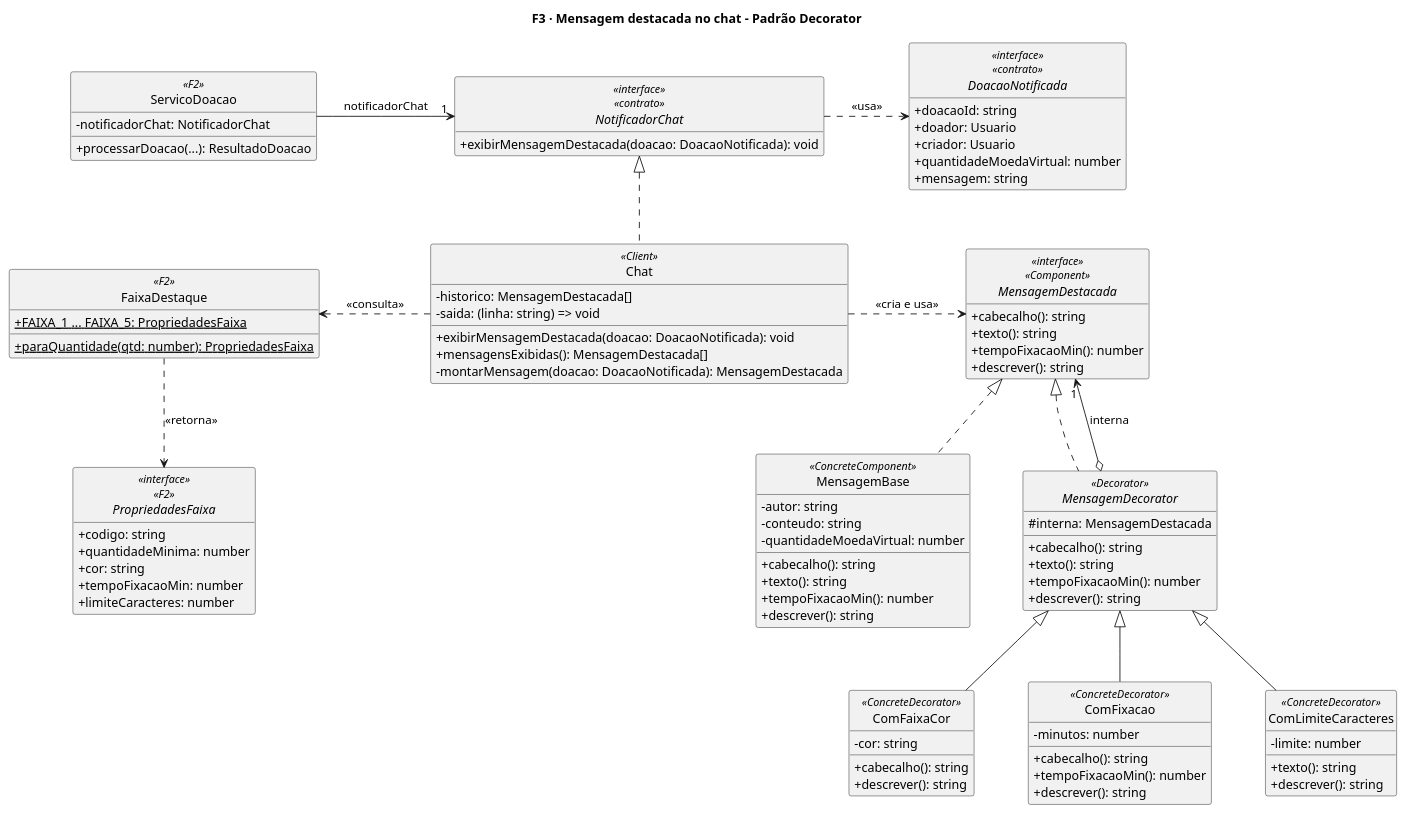
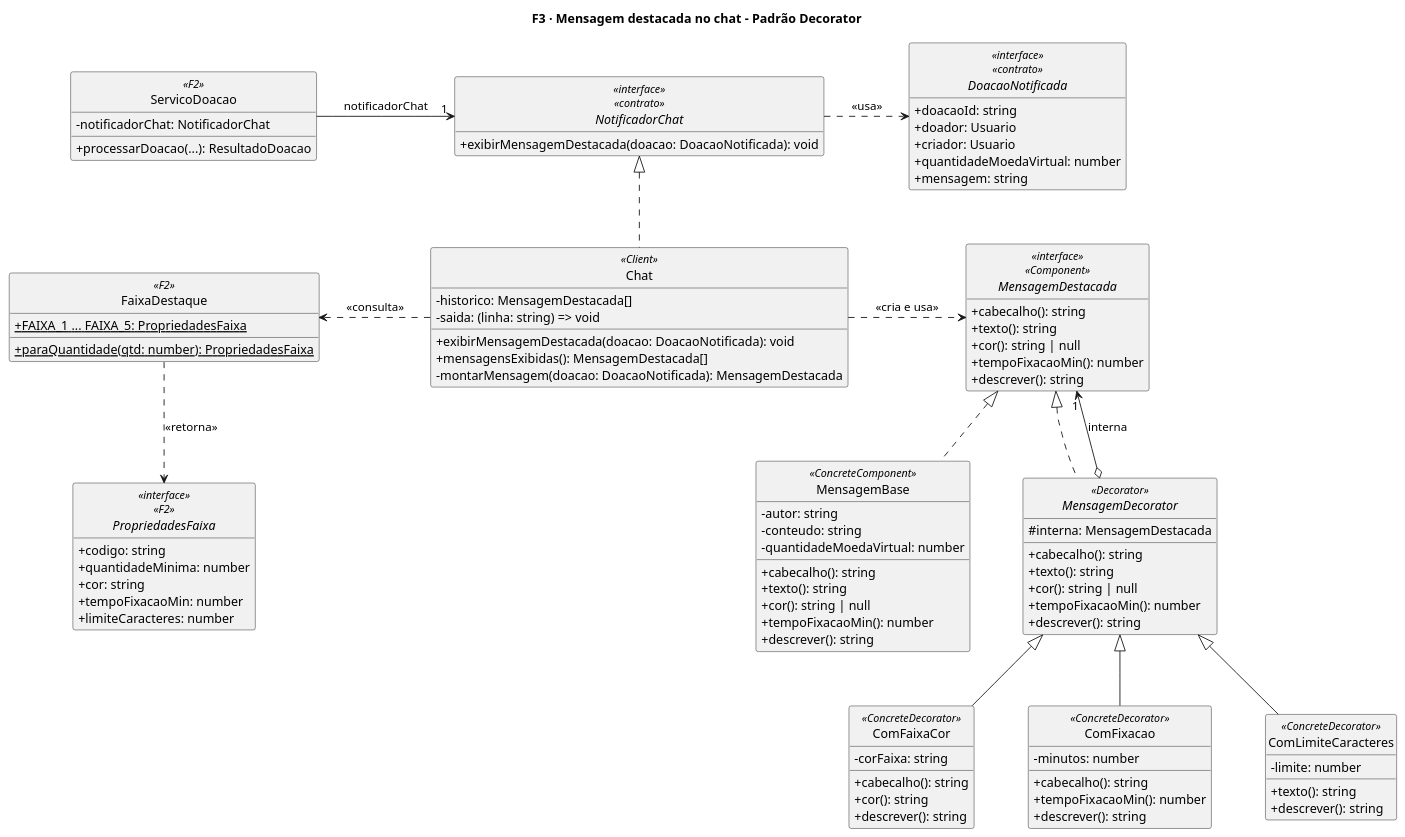
Before and after one commit to UnBArqDsw2026-2-Turma01/2026.2-T01-_G6_ProjetoStreamingVideo_SubEquipe02_Codigo: the diagram in docs/f3-visao-geral.puml, drawn with PlantUML. The commit also changed 11 other files, not shown here.

```diff
--- a/docs/f3-visao-geral.puml
+++ b/docs/f3-visao-geral.puml
@@ -1,118 +1,122 @@
 @startuml f3-visao-geral
 ' F3 · Mensagem destacada no chat (Entrega 3, SubEquipe_02)
 ' Padrão estrutural: Decorator. Alinhado ao contrato src/contratos/NotificadorChat.ts
 ' e à FaixaDestaque da F2 (src/f2-doacao/FaixaDestaque.ts).
 title F3 · Mensagem destacada no chat - Padrão Decorator
 
 hide empty members
 skinparam classAttributeIconSize 0
 skinparam monochrome true
 skinparam shadowing false
 skinparam style strictuml
 hide circle
 skinparam nodesep 60
 skinparam ranksep 60
 
 ' ---------- Integração com a F2 ----------
 class ServicoDoacao <<F2>> {
   -notificadorChat: NotificadorChat
   +processarDoacao(...): ResultadoDoacao
 }
 
 interface NotificadorChat <<interface>> <<contrato>> {
   +exibirMensagemDestacada(doacao: DoacaoNotificada): void
 }
 
 interface DoacaoNotificada <<interface>> <<contrato>> {
   +doacaoId: string
   +doador: Usuario
   +criador: Usuario
   +quantidadeMoedaVirtual: number
   +mensagem: string
 }
 
 class FaixaDestaque <<F2>> {
   +{static} FAIXA_1 ... FAIXA_5: PropriedadesFaixa
   +{static} paraQuantidade(qtd: number): PropriedadesFaixa
 }
 
 interface PropriedadesFaixa <<interface>> <<F2>> {
   +codigo: string
   +quantidadeMinima: number
   +cor: string
   +tempoFixacaoMin: number
   +limiteCaracteres: number
 }
 
 ' ---------- F3: Decorator ----------
 class Chat <<Client>> {
   -historico: MensagemDestacada[]
   {field} -saida: (linha: string) => void
   +exibirMensagemDestacada(doacao: DoacaoNotificada): void
   +mensagensExibidas(): MensagemDestacada[]
   -montarMensagem(doacao: DoacaoNotificada): MensagemDestacada
 }
 
 interface MensagemDestacada <<interface>> <<Component>> {
   +cabecalho(): string
   +texto(): string
+  +cor(): string | null
   +tempoFixacaoMin(): number
   +descrever(): string
 }
 
 class MensagemBase <<ConcreteComponent>> {
   -autor: string
   -conteudo: string
   -quantidadeMoedaVirtual: number
   +cabecalho(): string
   +texto(): string
+  +cor(): string | null
   +tempoFixacaoMin(): number
   +descrever(): string
 }
 
 abstract class MensagemDecorator <<Decorator>> {
   #interna: MensagemDestacada
   +cabecalho(): string
   +texto(): string
+  +cor(): string | null
   +tempoFixacaoMin(): number
   +descrever(): string
 }
 
 class ComFaixaCor <<ConcreteDecorator>> {
-  -cor: string
+  -corFaixa: string
   +cabecalho(): string
+  +cor(): string
   +descrever(): string
 }
 
 class ComFixacao <<ConcreteDecorator>> {
   -minutos: number
   +cabecalho(): string
   +tempoFixacaoMin(): number
   +descrever(): string
 }
 
 class ComLimiteCaracteres <<ConcreteDecorator>> {
   -limite: number
   +texto(): string
   +descrever(): string
 }
 
 ' ---------- Relações ----------
 ServicoDoacao -right-> "1" NotificadorChat : notificadorChat
 NotificadorChat .right.> DoacaoNotificada : <<usa>>
 NotificadorChat <|.. Chat
 
 Chat .left.> FaixaDestaque : <<consulta>>
 FaixaDestaque ..> PropriedadesFaixa : <<retorna>>
 Chat .right.> MensagemDestacada : <<cria e usa>>
 
 MensagemDestacada <|.. MensagemBase
 MensagemDestacada <|.. MensagemDecorator : " "
 MensagemDestacada "1" <--o MensagemDecorator : interna
 
 MensagemDecorator <|-- ComLimiteCaracteres
 MensagemDecorator <|-- ComFaixaCor
 MensagemDecorator <|-- ComFixacao
 
 
 @enduml
```
